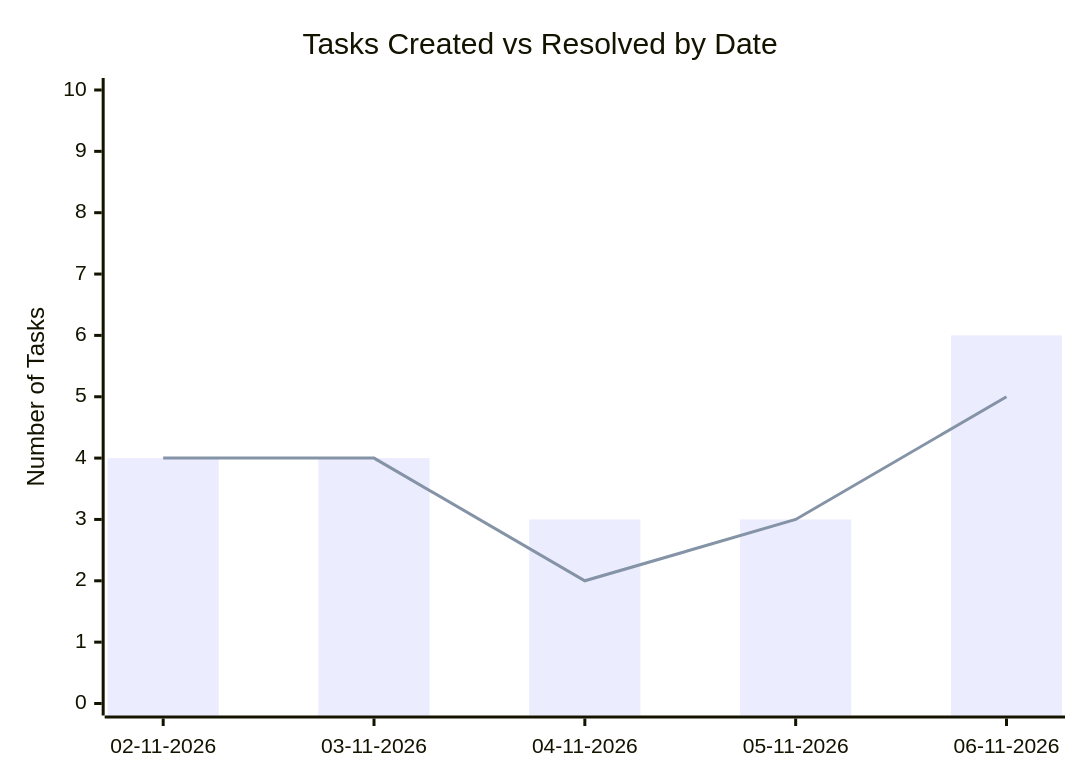
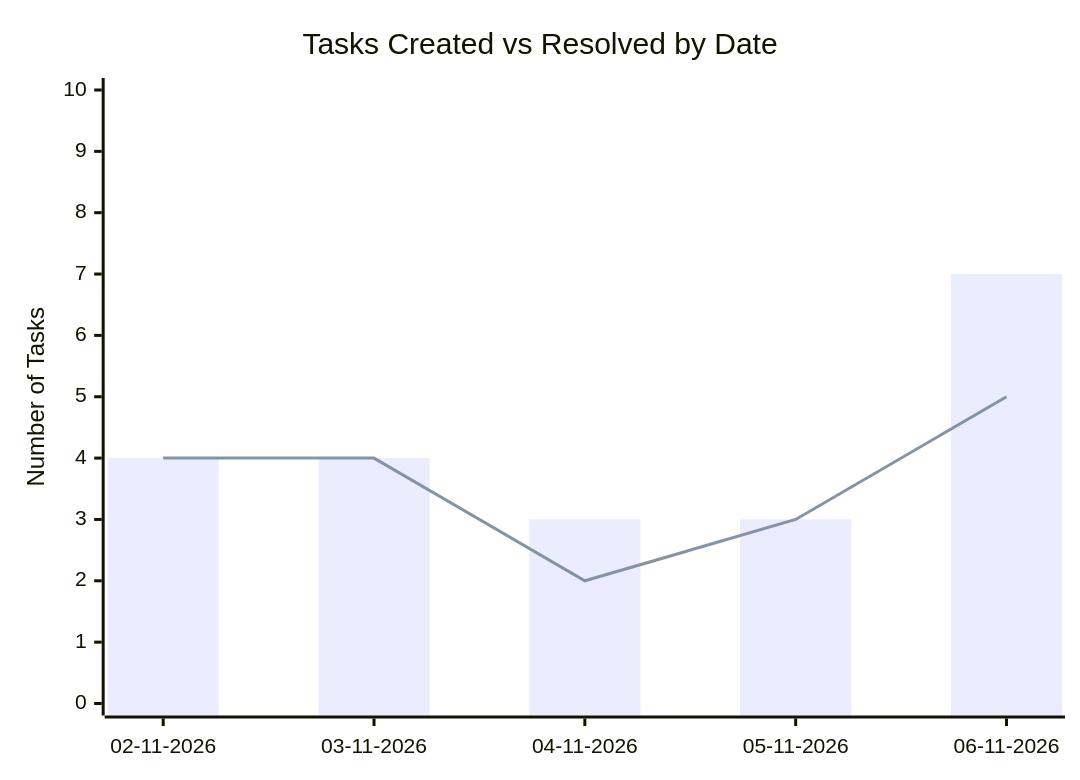
The second of 2 diagrams in Sanchay/Analytics.md (sagarms97/MyWorkDairy), drawn with Mermaid before and after one commit. The commit also changed other lines of this file and 2 other files, not shown here.

````diff
--- a/Sanchay/Analytics.md
+++ b/Sanchay/Analytics.md
@@ -28,8 +28,8 @@
 ```mermaid
 xychart-beta
     title "Tasks Created vs Resolved by Date"
     x-axis ["02-11-2026", "03-11-2026", "04-11-2026", "05-11-2026", "06-11-2026"]
     y-axis "Number of Tasks" 0 --> 10
-    bar [4, 4, 3, 3, 6]
+    bar [4, 4, 3, 3, 7]
     line [4, 4, 2, 3, 5]
 ```
````
